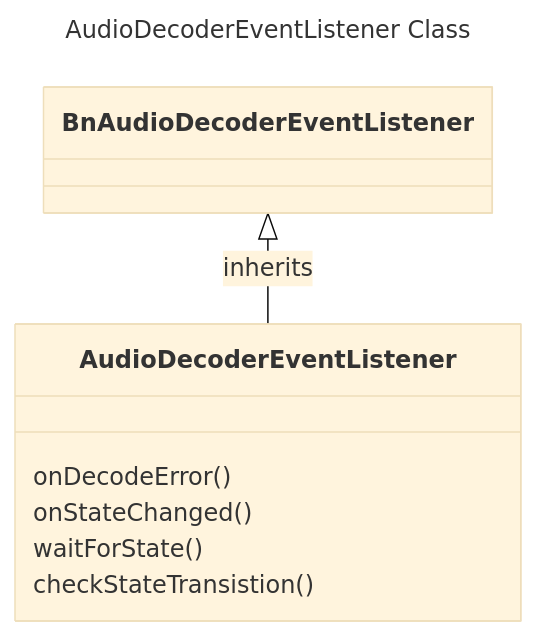
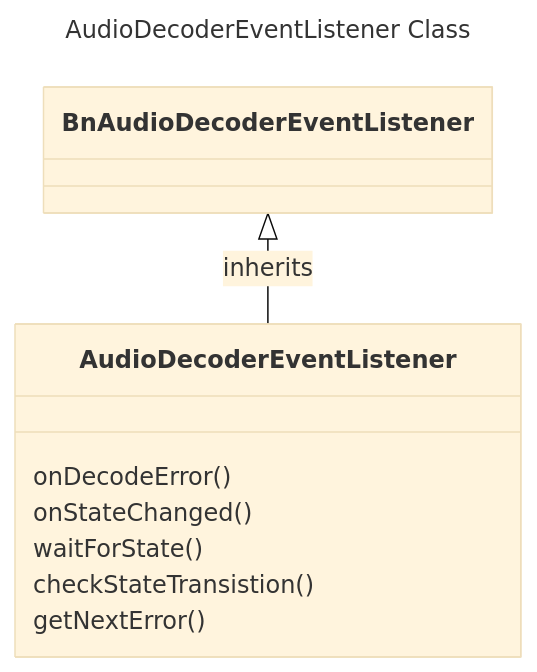
One commit to davidkoo-brcm/rdk-halif-aidl-test-audiodecoder changed the eighth of 8 diagrams in docs/pages/audioDecoder_L3_Low-Level_TestSpecification.md. Above: the diagram before and after it, drawn with Mermaid (base theme). The commit also changed other lines of this file, not shown here.

````diff
--- a/docs/pages/audioDecoder_L3_Low-Level_TestSpecification.md
+++ b/docs/pages/audioDecoder_L3_Low-Level_TestSpecification.md
@@ -437,13 +421,14 @@
 ```mermaid
 ---
 title: AudioDecoderEventListener Class
 ---
 classDiagram
     BnAudioDecoderEventListener <|-- AudioDecoderEventListener : inherits
     class AudioDecoderEventListener{
         onDecodeError()
         onStateChanged()
         waitForState()
         checkStateTransistion()
+        getNextError()
     }
 ```
````
